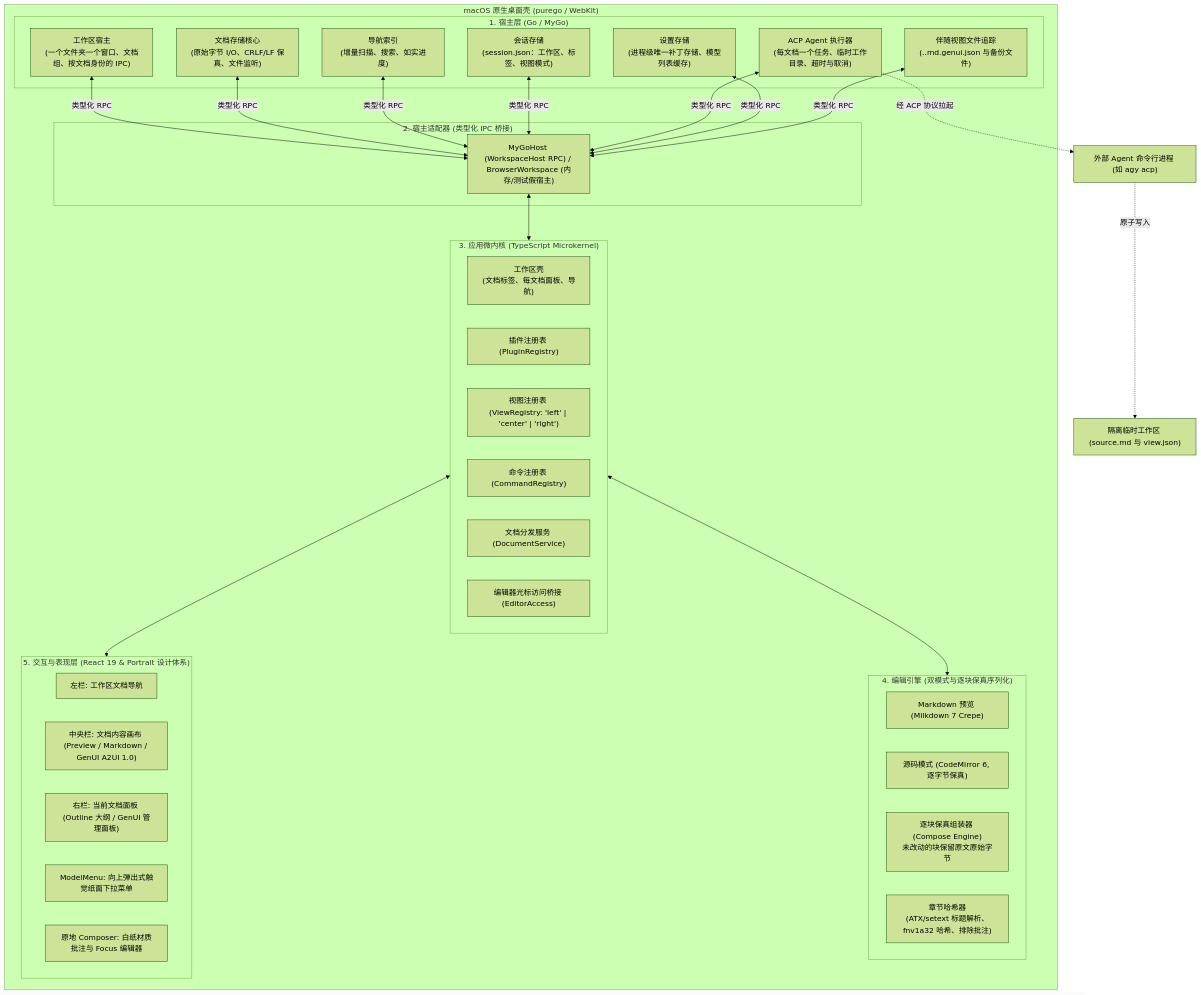
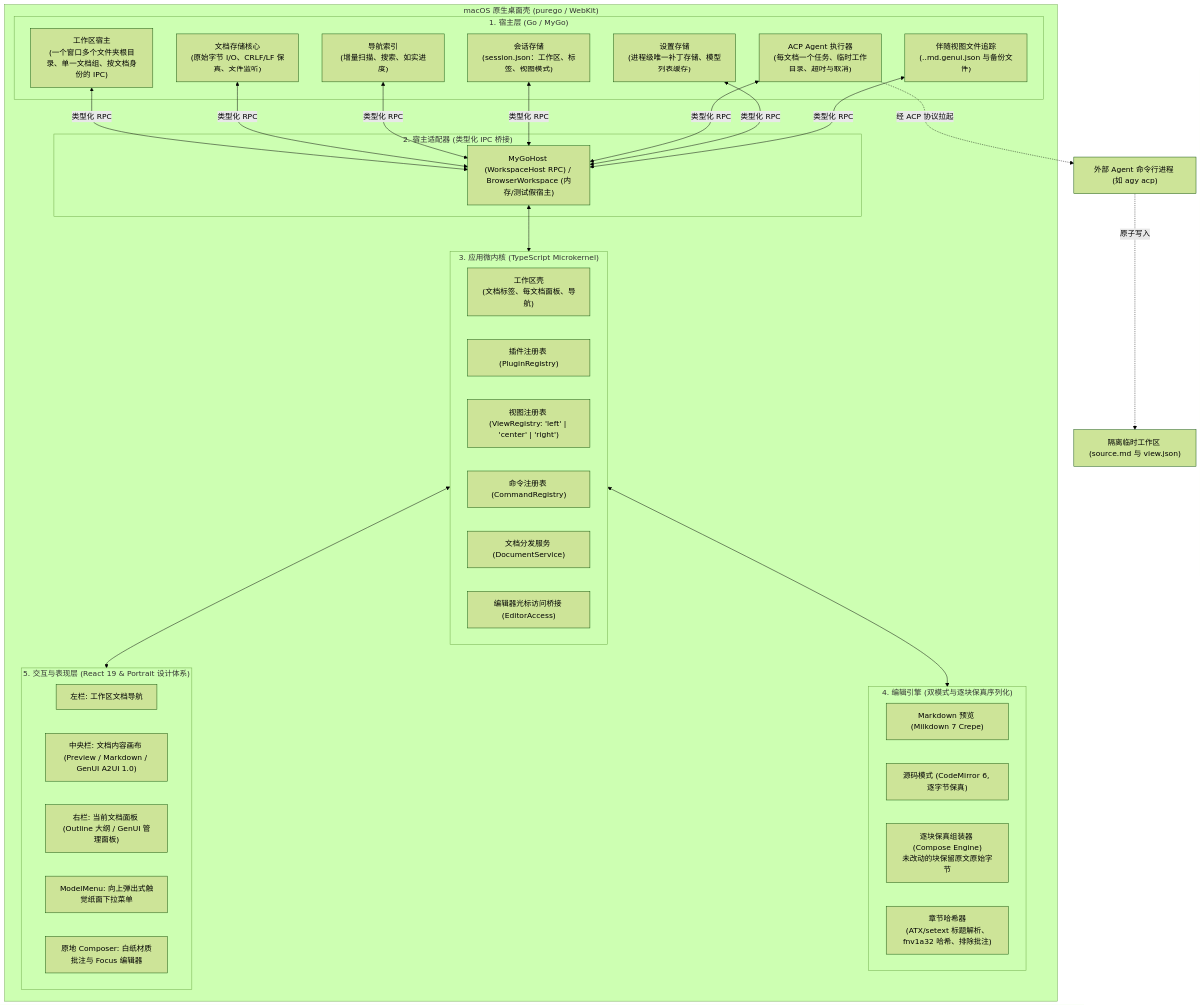
Before and after one commit to Bayern99/mark-go-go: the second of 2 diagrams in ARCHITECTURE.md, drawn with Mermaid (forest theme). The commit also changed other lines of this file and 30 other files, not shown here.

````diff
--- a/ARCHITECTURE.md
+++ b/ARCHITECTURE.md
@@ -150,57 +150,57 @@
 ```mermaid
 graph TD
     subgraph macOS桌面宿主 ["macOS 原生桌面壳 (purego / WebKit)"]
         subgraph Go宿主层 ["1. 宿主层 (Go / MyGo)"]
-            Workspaces["工作区宿主<br/>(一个文件夹一个窗口、文档组、按文档身份的 IPC)"]
+            Workspaces["工作区宿主<br/>(一个窗口多个文件夹根目录、单一文档组、按文档身份的 IPC)"]
             DocStore["文档存储核心<br/>(原始字节 I/O、CRLF/LF 保真、文件监听)"]
             NavIndex["导航索引<br/>(增量扫描、搜索、如实进度)"]
             SessionStore["会话存储<br/>(session.json：工作区、标签、视图模式)"]
             AgentRunner["ACP Agent 执行器<br/>(每文档一个任务、临时工作目录、超时与取消)"]
             SettingsStore["设置存储<br/>(进程级唯一补丁存储、模型列表缓存)"]
             ViewTracker["伴随视图文件追踪<br/>(.<doc>.md.genui.json 与备份文件)"]
         end
 
         subgraph IPC层 ["2. 宿主适配器 (类型化 IPC 桥接)"]
             MyGoHost["MyGoHost (WorkspaceHost RPC) / BrowserWorkspace (内存/测试假宿主)"]
         end
 
         subgraph 核心层 ["3. 应用微内核 (TypeScript Microkernel)"]
             Shell["工作区壳<br/>(文档标签、每文档面板、导航)"]
             PluginReg["插件注册表 (PluginRegistry)"]
             ViewReg["视图注册表 (ViewRegistry: 'left' | 'center' | 'right')"]
             CmdReg["命令注册表 (CommandRegistry)"]
             DocSvc["文档分发服务 (DocumentService)"]
             EditorAccess["编辑器光标访问桥接 (EditorAccess)"]
         end
 
         subgraph 编辑引擎层 ["4. 编辑引擎 (双模式与逐块保真序列化)"]
             Preview["Markdown 预览 (Milkdown 7 Crepe)"]
             Source["源码模式 (CodeMirror 6, 逐字节保真)"]
             Compose["逐块保真组装器 (Compose Engine)<br/>未改动的块保留原文原始字节"]
             SectionHash["章节哈希器<br/>(ATX/setext 标题解析、fnv1a32 哈希、排除批注)"]
         end
 
         subgraph 视图与UI层 ["5. 交互与表现层 (React 19 & Portrait 设计体系)"]
             LeftCol["左栏: 工作区文档导航"]
             CenterCol["中央栏: 文档内容画布 (Preview / Markdown / GenUI A2UI 1.0)"]
             RightCol["右栏: 当前文档面板 (Outline 大纲 / GenUI 管理面板)"]
             ModelMenu["ModelMenu: 向上弹出式触觉纸面下拉菜单"]
             Composer["原地 Composer: 白纸材质批注与 Focus 编辑器"]
         end
     end
 
     Workspaces <-->|类型化 RPC| MyGoHost
     DocStore <-->|类型化 RPC| MyGoHost
     NavIndex <-->|类型化 RPC| MyGoHost
     SessionStore <-->|类型化 RPC| MyGoHost
     AgentRunner <-->|类型化 RPC| MyGoHost
     SettingsStore <-->|类型化 RPC| MyGoHost
     ViewTracker <-->|类型化 RPC| MyGoHost
 
     MyGoHost <--> 核心层
     核心层 <--> 编辑引擎层
     核心层 <--> 视图与UI层
 
     AgentRunner -.->|经 ACP 协议拉起| ExternalAgent["外部 Agent 命令行进程 (如 agy acp)"]
     ExternalAgent -.->|原子写入| IsolatedWorkspace["隔离临时工作区 (source.md 与 view.json)"]
 ```
````
